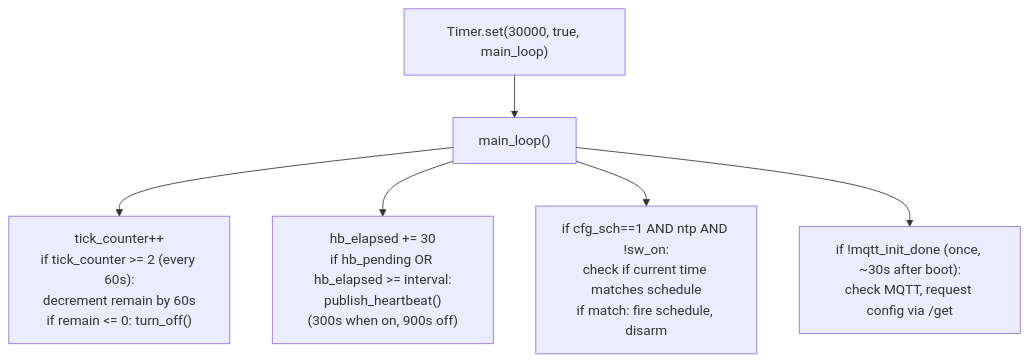
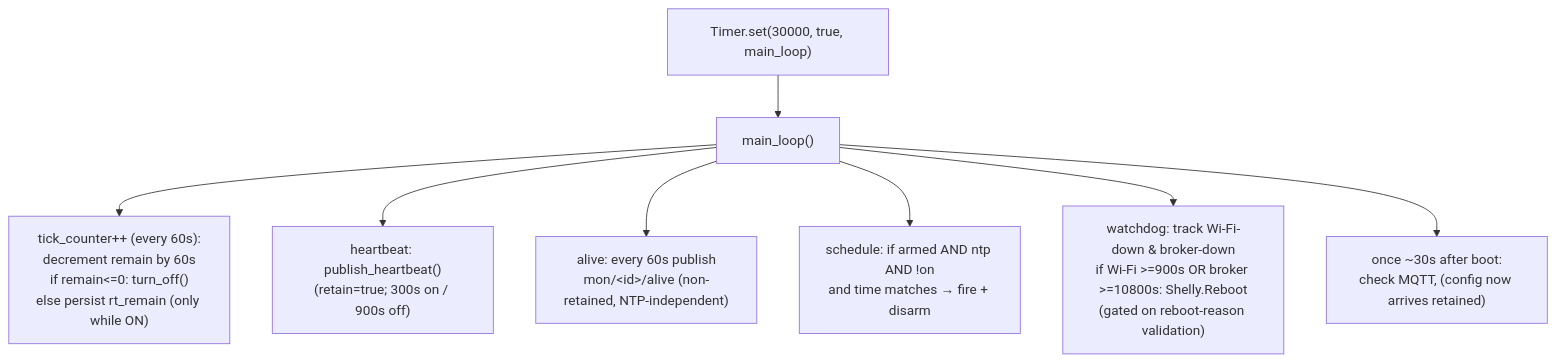
Before and after one commit to Laffs2k5/shelly-coffee-timer: the third of 9 diagrams in docs/ARCHITECTURE.md, drawn with Mermaid. The commit also changed other lines of this file and 36 other files, not shown here.

First line of the commit message:
feat: v2 — local MQTT broker + cloud bridge + connectivity watchdog

````diff
--- a/docs/ARCHITECTURE.md
+++ b/docs/ARCHITECTURE.md
@@ -51,13 +124,11 @@
 ```mermaid
 flowchart TD
-    Timer["Timer.set(30000, true, main_loop)"] --> ML
+    Timer["Timer.set(30000, true, main_loop)"] --> ML["main_loop()"]
 
-    ML["main_loop()"] --> Tick
-    Tick["tick_counter++<br/>if tick_counter >= 2 (every 60s):<br/>decrement remain by 60s<br/>if remain <= 0: turn_off()"]
-
-    ML --> HB["hb_elapsed += 30<br/>if hb_pending OR hb_elapsed >= interval:<br/>publish_heartbeat()<br/>(300s when on, 900s off)"]
-
-    ML --> Sched["if cfg_sch==1 AND ntp AND !sw_on:<br/>check if current time matches schedule<br/>if match: fire schedule, disarm"]
-
-    ML --> Init["if !mqtt_init_done (once, ~30s after boot):<br/>check MQTT, request config via /get"]
+    ML --> Tick["tick_counter++ (every 60s):<br/>decrement remain by 60s<br/>if remain<=0: turn_off()<br/>else persist rt_remain (only while ON)"]
+    ML --> HB["heartbeat: publish_heartbeat()<br/>(retain=true; 300s on / 900s off)"]
+    ML --> Alive["alive: every 60s publish<br/>mon/&lt;id&gt;/alive (non-retained, NTP-independent)"]
+    ML --> Sched["schedule: if armed AND ntp AND !on<br/>and time matches → fire + disarm"]
+    ML --> WD["watchdog: track Wi-Fi-down &amp; broker-down<br/>if Wi-Fi &gt;=900s OR broker &gt;=10800s: Shelly.Reboot<br/>(gated on reboot-reason validation)"]
+    ML --> Init["once ~30s after boot:<br/>check MQTT, (config now arrives retained)"]
 ```
````
